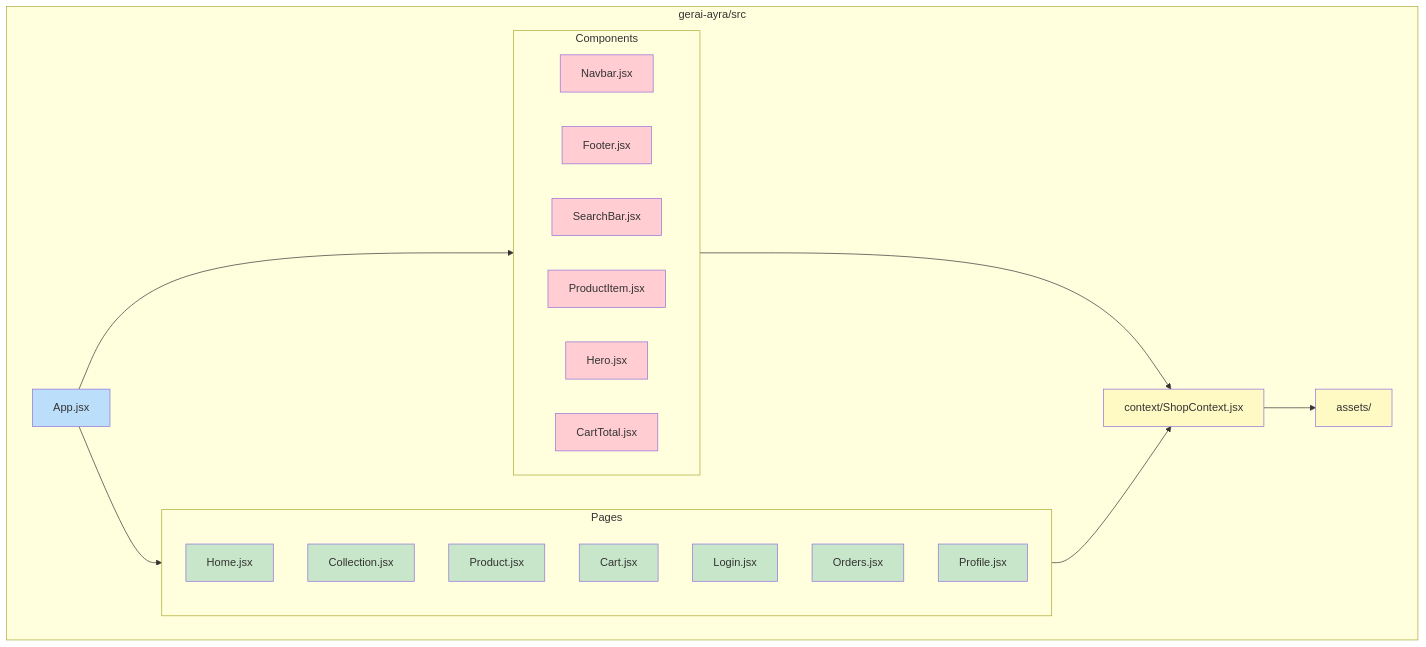
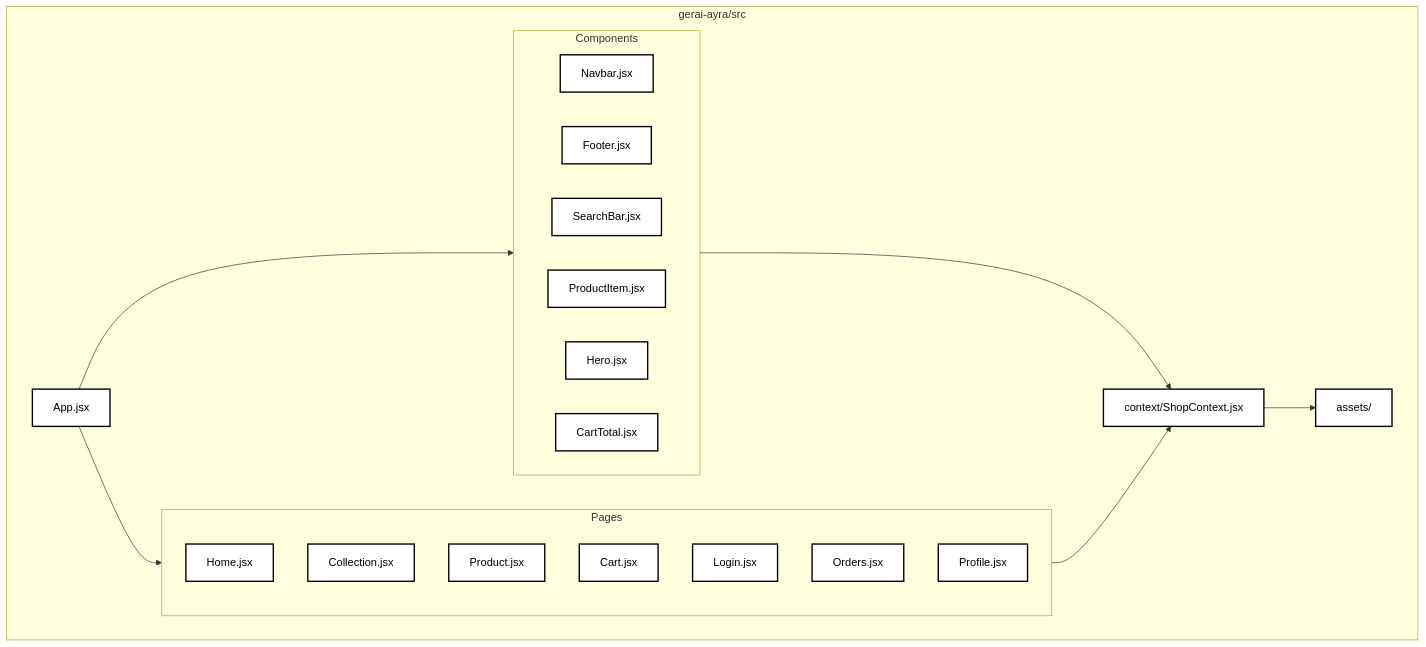
Before and after one commit to Grinti123/gerai-ayra-fullstack: the seventh of 10 diagrams in README.md, drawn with Mermaid. The commit also changed other lines of this file, not shown here.

````diff
--- a/README.md
+++ b/README.md
@@ -261,45 +233,39 @@
 ```mermaid
 graph TB
     subgraph "gerai-ayra/src"
         Main[App.jsx]
         Pages[pages/]
         Components[components/]
         Context[context/ShopContext.jsx]
         Assets[assets/]
     end
 
     Main --> Pages
     Main --> Components
     Components --> Context
     Pages --> Context
     Context --> Assets
 
     subgraph "Pages"
         Home[Home.jsx]
         Collection[Collection.jsx]
         Product[Product.jsx]
         Cart[Cart.jsx]
         Login[Login.jsx]
         Orders[Orders.jsx]
         Profile[Profile.jsx]
     end
 
     subgraph "Components"
         Navbar[Navbar.jsx]
         Footer[Footer.jsx]
         SearchBar[SearchBar.jsx]
         ProductItem[ProductItem.jsx]
         Hero[Hero.jsx]
         CartTotal[CartTotal.jsx]
     end
 
-    classDef main fill:#bbdefb
-    classDef page fill:#c8e6c9
-    classDef component fill:#ffcdd2
-    classDef utility fill:#fff9c4
+    classDef default fill:#ffffff,stroke:#000000,stroke-width:2px,color:#000000
 
-    class Main main
-    class Home,Collection,Product,Cart,Login,Orders,Profile page
-    class Navbar,Footer,SearchBar,ProductItem,Hero,CartTotal component
-    class Context,Assets utility
+    class Main,Home,Collection,Product,Cart,Login,Orders,Profile,Navbar,Footer,SearchBar,ProductItem,Hero,CartTotal,Context,Assets default
 ```
````
